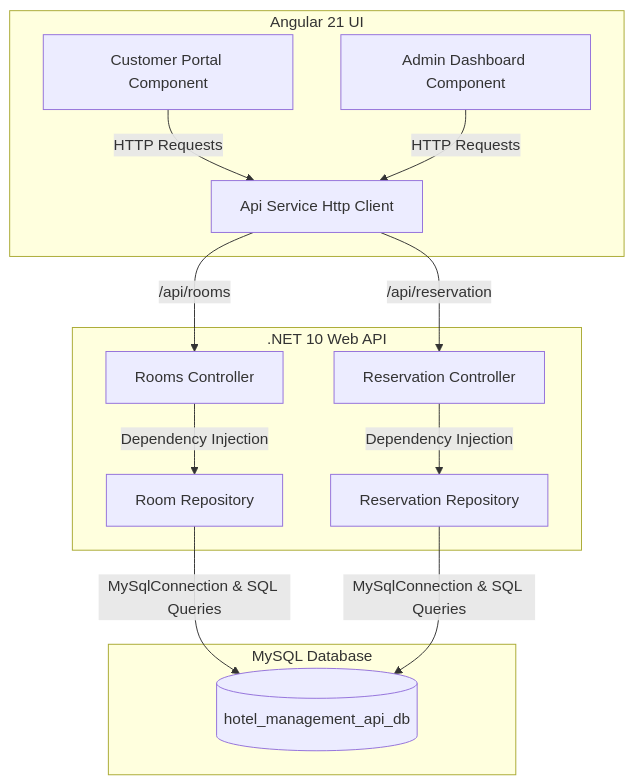
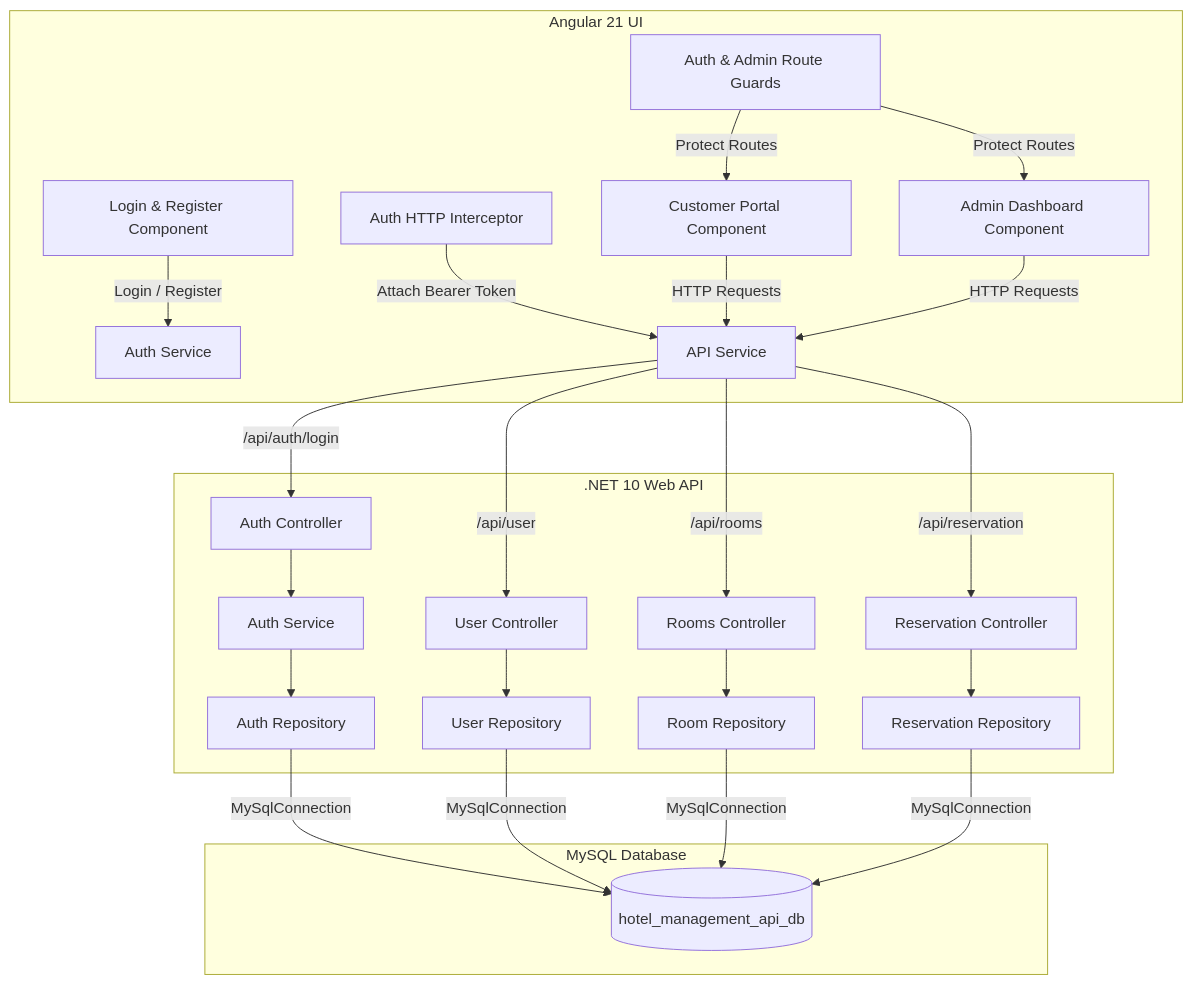
Before and after one commit to Fatih-Atess/Hotel_Management_System: the first of 2 diagrams in README.md, drawn with Mermaid. The commit also changed other lines of this file, not shown here.

````diff
--- a/README.md
+++ b/README.md
@@ -48,28 +56,51 @@
 ```mermaid
 graph TD
     subgraph Frontend [Angular 21 UI]
+        LP[Login & Register Component]
         CP[Customer Portal Component]
         AP[Admin Dashboard Component]
-        SVC[Api Service Http Client]
-        CP -->|HTTP Requests| SVC
-        AP -->|HTTP Requests| SVC
+        AG[Auth & Admin Route Guards]
+        AI[Auth HTTP Interceptor]
+        AS[Auth Service]
+        ApiS[API Service]
+
+        LP -->|Login / Register| AS
+        AG -->|Protect Routes| CP
+        AG -->|Protect Routes| AP
+        AI -->|Attach Bearer Token| ApiS
+        CP -->|HTTP Requests| ApiS
+        AP -->|HTTP Requests| ApiS
     end
 
     subgraph Backend [.NET 10 Web API]
+        AC[Auth Controller]
+        UC[User Controller]
         RC[Rooms Controller]
         RSC[Reservation Controller]
+        
+        AuthSvc[Auth Service]
+        AR[Auth Repository]
+        UR[User Repository]
         RR[Room Repository]
         RSR[Reservation Repository]
-        
-        SVC -->|/api/rooms| RC
-        SVC -->|/api/reservation| RSC
-        RC -->|Dependency Injection| RR
-        RSC -->|Dependency Injection| RSR
+
+        ApiS -->|/api/auth/login| AC
+        ApiS -->|/api/user| UC
+        ApiS -->|/api/rooms| RC
+        ApiS -->|/api/reservation| RSC
+
+        AC --> AuthSvc
+        AuthSvc --> AR
+        UC --> UR
+        RC --> RR
+        RSC --> RSR
     end
 
     subgraph Database [MySQL Database]
         DB[(hotel_management_api_db)]
-        RR -->|MySqlConnection & SQL Queries| DB
-        RSR -->|MySqlConnection & SQL Queries| DB
+        AR -->|MySqlConnection| DB
+        UR -->|MySqlConnection| DB
+        RR -->|MySqlConnection| DB
+        RSR -->|MySqlConnection| DB
     end
 ```
````
